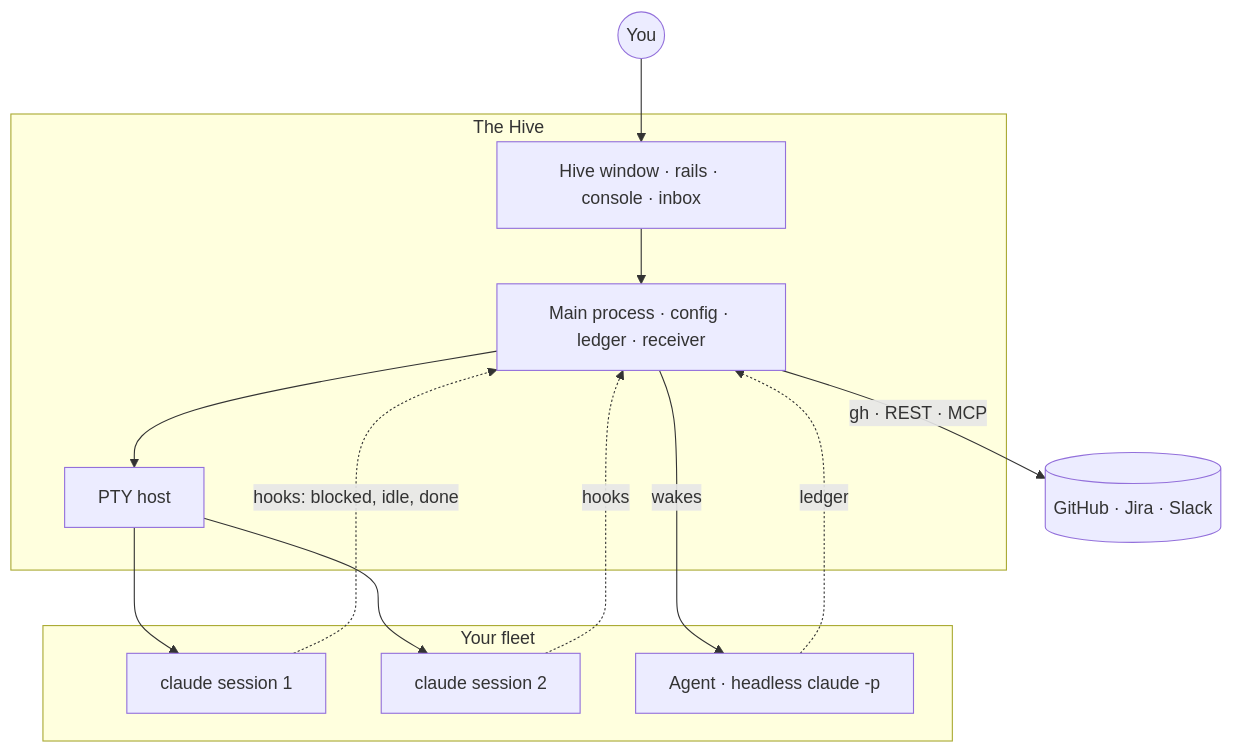
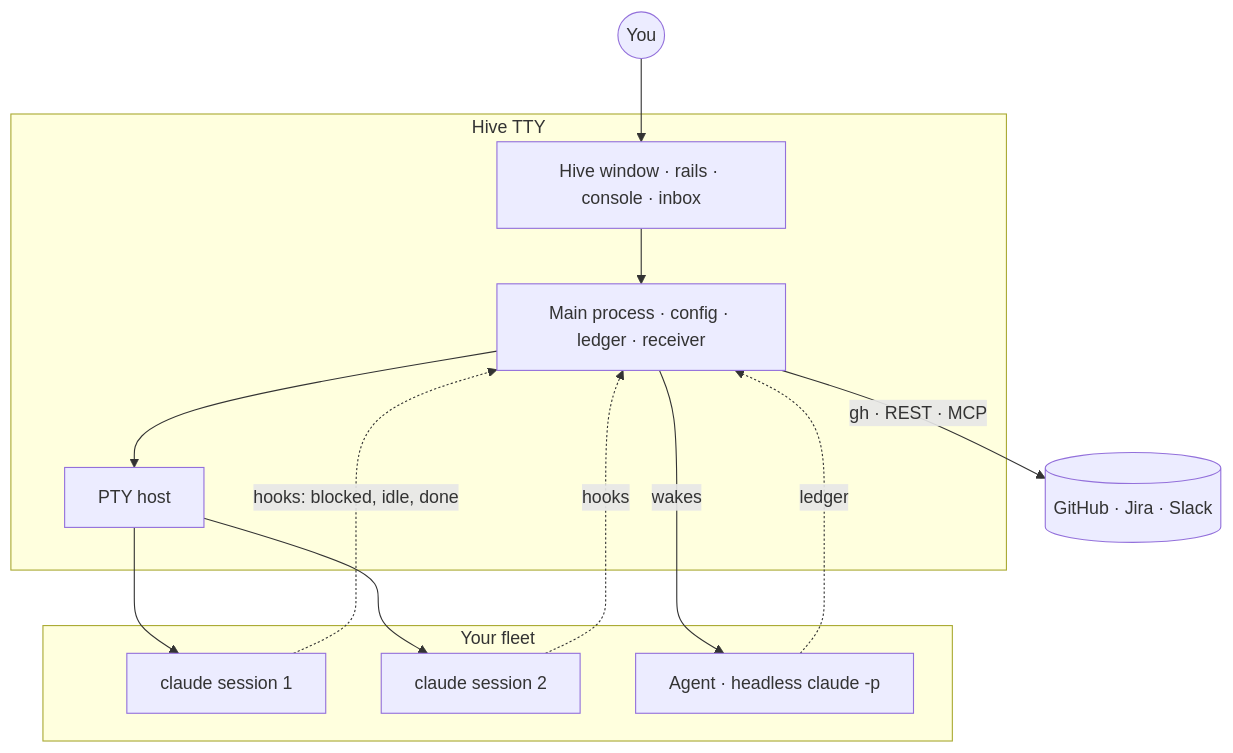
Before and after one commit to behiques/hivetty: the diagram in docs/assets/diagrams/overview.mmd, drawn with Mermaid. The commit also changed 45 other files, not shown here.

```diff
--- a/docs/assets/diagrams/overview.mmd
+++ b/docs/assets/diagrams/overview.mmd
@@ -1,18 +1,18 @@
 flowchart TB
   you((You)) --> ui[Hive window · rails · console · inbox]
-  subgraph app [The Hive]
+  subgraph app [Hive TTY]
     ui --> main[Main process · config · ledger · receiver]
     main --> pty[PTY host]
   end
   subgraph fleet [Your fleet]
     c1[claude session 1]
     c2[claude session 2]
     ag[Agent · headless claude -p]
   end
   pty --> c1
   pty --> c2
   main -->|wakes| ag
   c1 -.->|hooks: blocked, idle, done| main
   c2 -.->|hooks| main
   ag -.->|ledger| main
   main -->|gh · REST · MCP| ext[(GitHub · Jira · Slack)]
```
